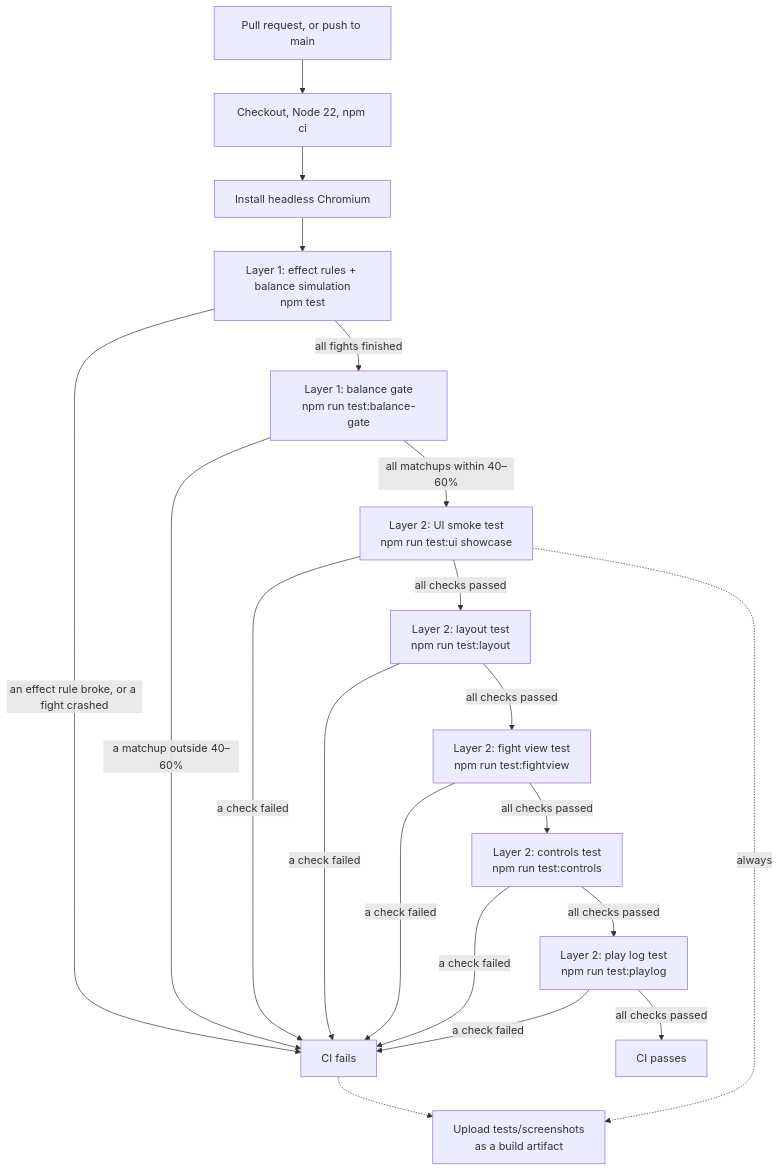
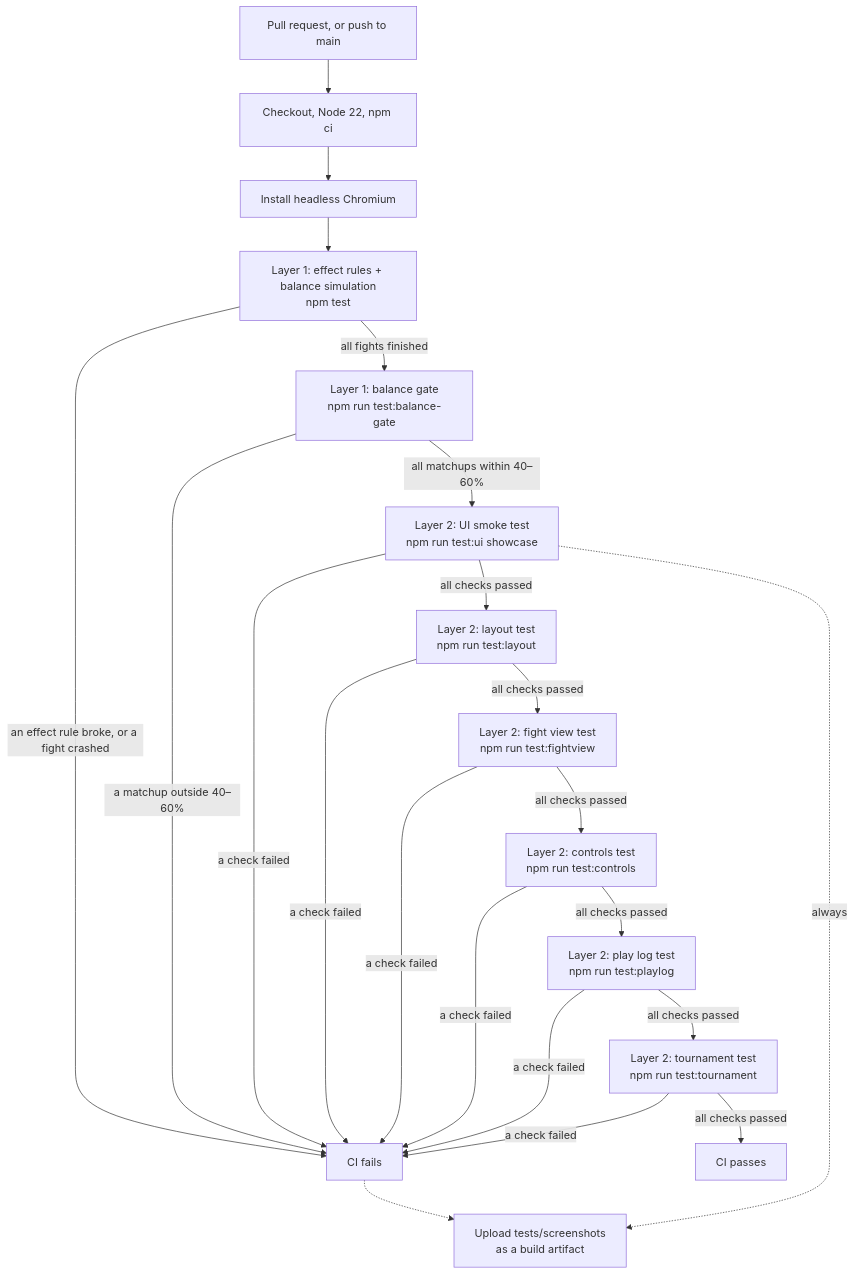
One commit to Heaxyle/drake-arena changed the diagram in TESTING.md. Above: the diagram before and after it, drawn with Mermaid. The commit also changed other lines of this file and 13 other files, not shown here.

````diff
--- a/TESTING.md
+++ b/TESTING.md
@@ -12,22 +12,24 @@
 ```mermaid
 flowchart TD
     A[Pull request, or push to main] --> B[Checkout, Node 22, npm ci]
     B --> C[Install headless Chromium]
     C --> D["Layer 1: effect rules + balance simulation<br/>npm test"]
     D -->|an effect rule broke, or a fight crashed| X[CI fails]
     D -->|all fights finished| G["Layer 1: balance gate<br/>npm run test:balance-gate"]
     G -->|a matchup outside 40–60%| X
     G -->|all matchups within 40–60%| E["Layer 2: UI smoke test<br/>npm run test:ui showcase"]
     E -->|a check failed| X
     E -->|all checks passed| L["Layer 2: layout test<br/>npm run test:layout"]
     L -->|a check failed| X
     L -->|all checks passed| V["Layer 2: fight view test<br/>npm run test:fightview"]
     V -->|a check failed| X
     V -->|all checks passed| K["Layer 2: controls test<br/>npm run test:controls"]
     K -->|a check failed| X
     K -->|all checks passed| PL["Layer 2: play log test<br/>npm run test:playlog"]
     PL -->|a check failed| X
-    PL -->|all checks passed| P[CI passes]
+    PL -->|all checks passed| T["Layer 2: tournament test<br/>npm run test:tournament"]
+    T -->|a check failed| X
+    T -->|all checks passed| P[CI passes]
     E -.->|always| S[Upload tests/screenshots<br/>as a build artifact]
     X -.-> S
 ```
````
